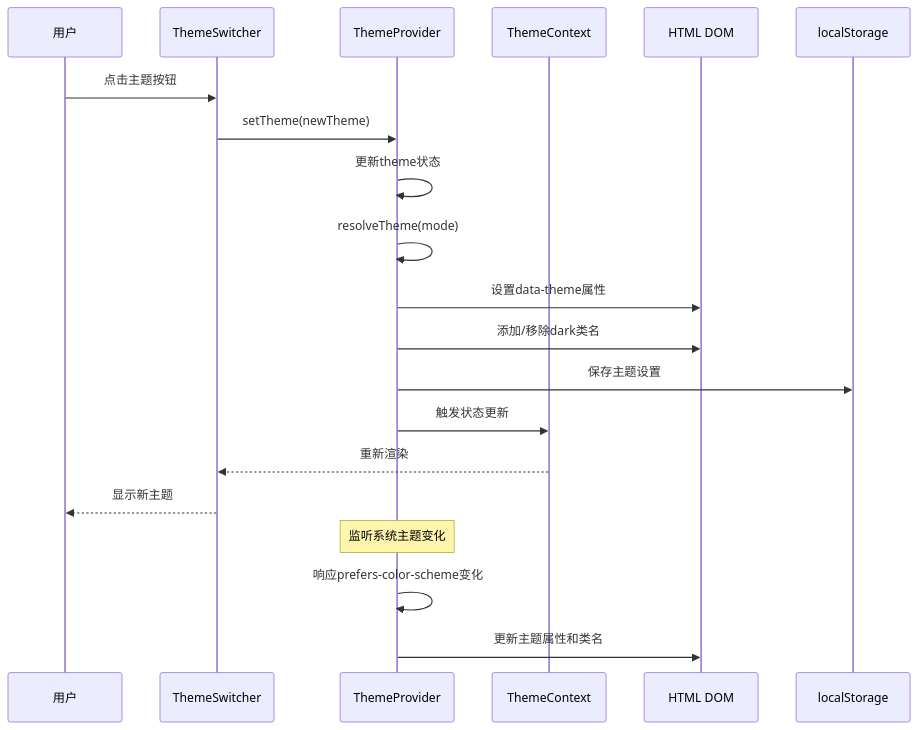
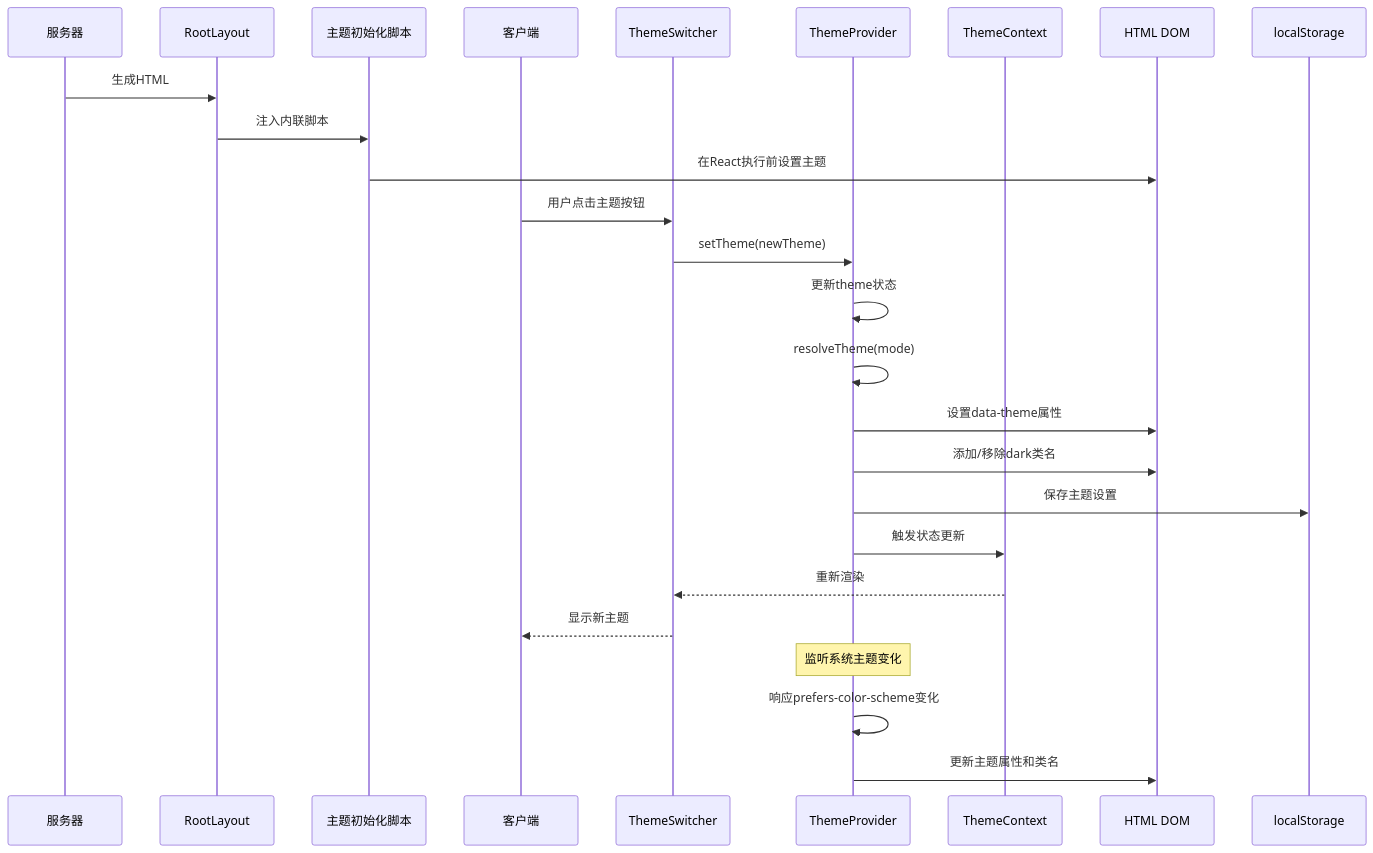
The second of 18 diagrams in .qoder/repowiki/zh/content/项目概述/整体架构概览/Web应用程序/主题系统实现.md (CryptoLinxu/Web3-AI-Agent), drawn with Mermaid before and after one commit. The commit also changed other lines of this file and 3 other files, not shown here.

````diff
--- a/.qoder/repowiki/zh/content/项目概述/整体架构概览/Web应用程序/主题系统实现.md
+++ b/.qoder/repowiki/zh/content/项目概述/整体架构概览/Web应用程序/主题系统实现.md
@@ -146,22 +168,28 @@
 ```mermaid
 sequenceDiagram
-participant User as 用户
+participant Server as 服务器
+participant Layout as RootLayout
+participant Script as 主题初始化脚本
+participant Client as 客户端
 participant Switcher as ThemeSwitcher
 participant Provider as ThemeProvider
 participant Context as ThemeContext
 participant DOM as HTML DOM
 participant Storage as localStorage
-User->>Switcher : 点击主题按钮
+Server->>Layout : 生成HTML
+Layout->>Script : 注入内联脚本
+Script->>DOM : 在React执行前设置主题
+Client->>Switcher : 用户点击主题按钮
 Switcher->>Provider : setTheme(newTheme)
 Provider->>Provider : 更新theme状态
 Provider->>Provider : resolveTheme(mode)
 Provider->>DOM : 设置data-theme属性
 Provider->>DOM : 添加/移除dark类名
 Provider->>Storage : 保存主题设置
 Provider->>Context : 触发状态更新
 Context-->>Switcher : 重新渲染
-Switcher-->>User : 显示新主题
+Switcher-->>Client : 显示新主题
 Note over Provider : 监听系统主题变化
 Provider->>Provider : 响应prefers-color-scheme变化
 Provider->>DOM : 更新主题属性和类名
 ```
````
